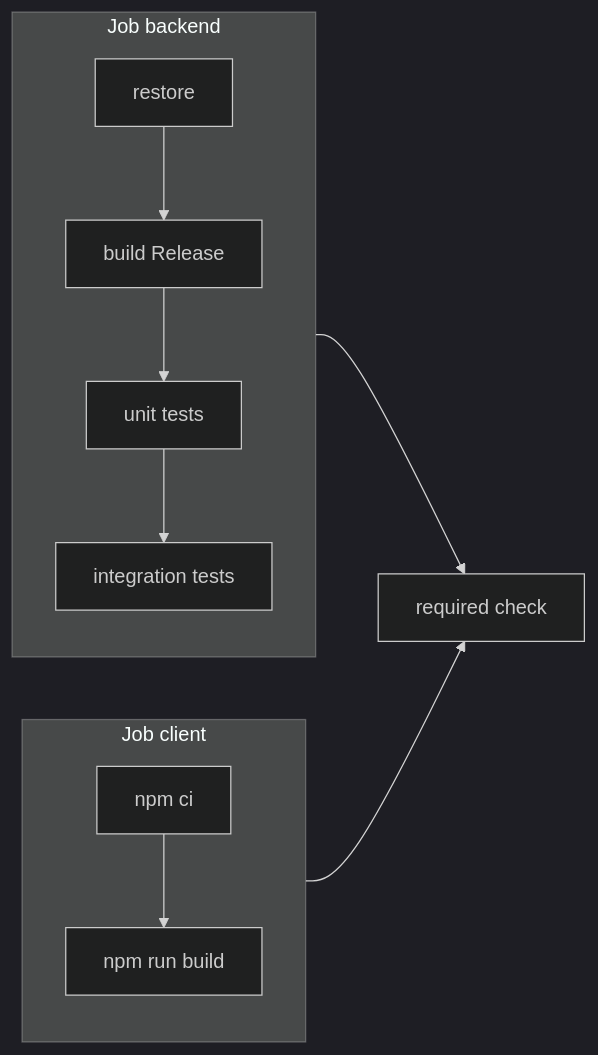
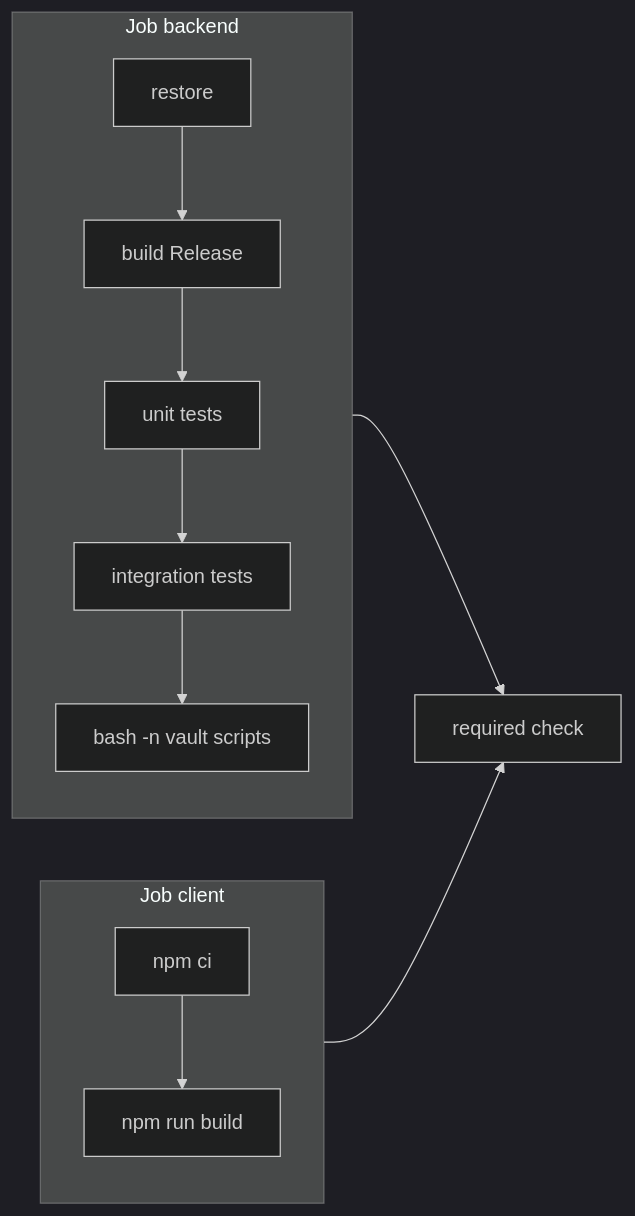
One commit to fdeniz07/BankApp changed the second of 2 diagrams in docs/learning/en/21-ci-github-actions.md. Above: the diagram before and after it, drawn with Mermaid (dark theme). The commit also changed other lines of this file and 11 other files, not shown here.

````diff
--- a/docs/learning/en/21-ci-github-actions.md
+++ b/docs/learning/en/21-ci-github-actions.md
@@ -47,13 +47,14 @@
 ```mermaid
 flowchart LR
   subgraph backend["Job backend"]
     R["restore"] --> B["build Release"]
     B --> U["unit tests"]
     U --> I["integration tests"]
+    I --> V["bash -n vault scripts"]
   end
   subgraph client["Job client"]
     N["npm ci"] --> NB["npm run build"]
   end
   backend --> GATE["required check"]
   client --> GATE
 ```
````
